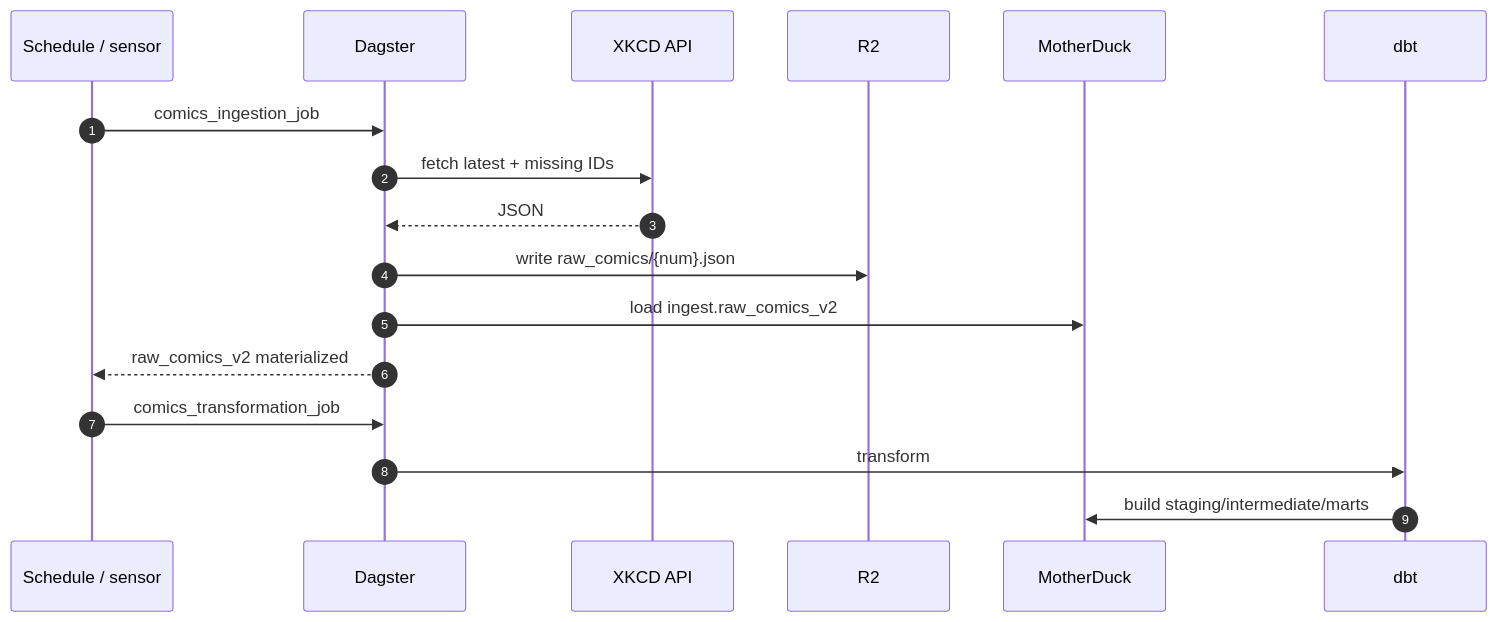
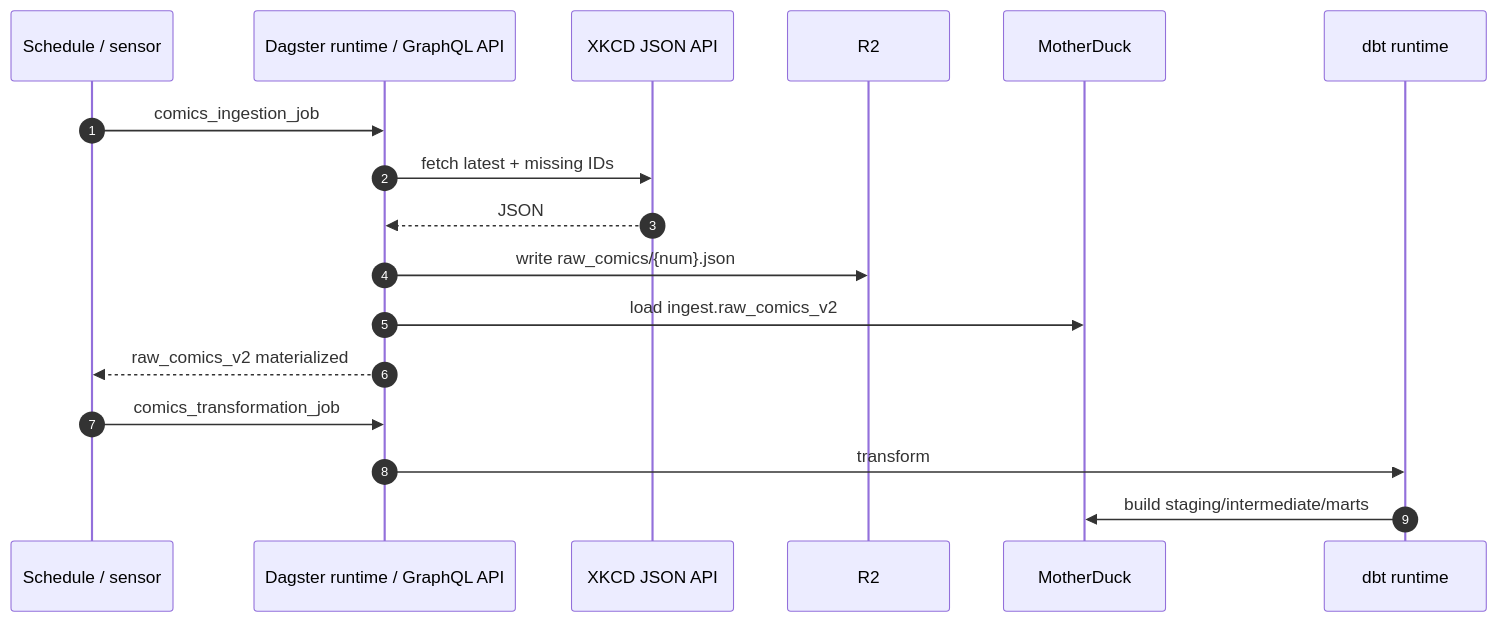
The second of 3 diagrams in README.md (antipev/analytics-engineering), drawn with Mermaid before and after one commit. The commit also changed other lines of this file and 17 other files, not shown here.

````diff
--- a/README.md
+++ b/README.md
@@ -88,20 +191,20 @@
 ```mermaid
 sequenceDiagram
   autonumber
   participant S as Schedule / sensor
-  participant D as Dagster
-  participant X as XKCD API
+  participant D as Dagster runtime / GraphQL API
+  participant X as XKCD JSON API
   participant R as R2
   participant M as MotherDuck
-  participant T as dbt
+  participant T as dbt runtime
 
   S->>D: comics_ingestion_job
   D->>X: fetch latest + missing IDs
   X-->>D: JSON
   D->>R: write raw_comics/{num}.json
   D->>M: load ingest.raw_comics_v2
   D-->>S: raw_comics_v2 materialized
   S->>D: comics_transformation_job
   D->>T: transform
   T->>M: build staging/intermediate/marts
 ```
````
